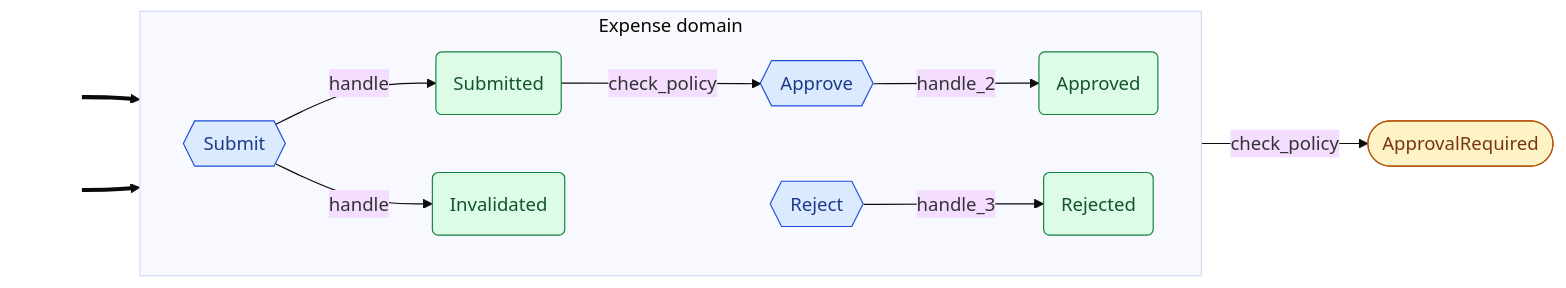
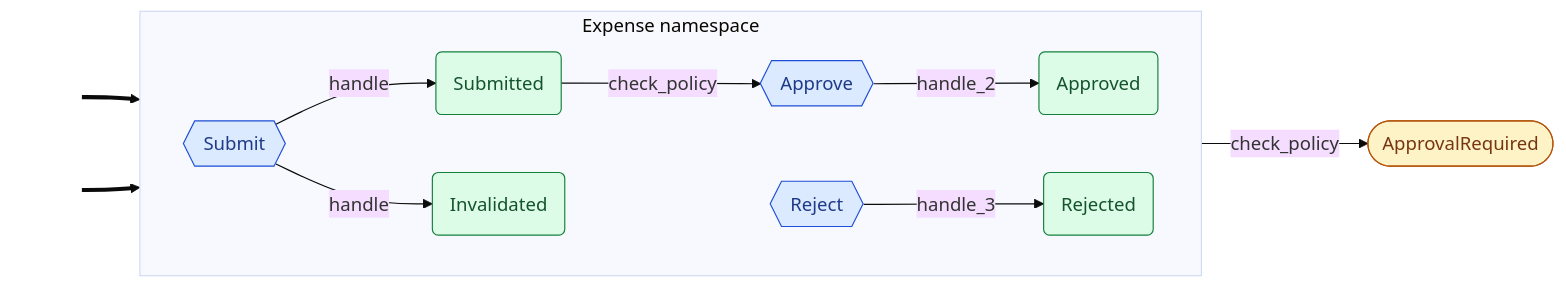
One commit to cadance-io/langgraph-events changed the second of 2 diagrams in examples/expense_approval.graph.md. Above: the diagram before and after it, drawn with Mermaid (base theme). The commit also changed other lines of this file and 44 other files, not shown here.

````diff
--- a/examples/expense_approval.graph.md
+++ b/examples/expense_approval.graph.md
@@ -44,29 +44,29 @@
 ```mermaid
 graph LR
     classDef entry fill:none,stroke:none,color:none
     classDef cmd fill:#dbeafe,stroke:#1d4ed8,color:#1e3a8a
     classDef devt fill:#dcfce7,stroke:#15803d,color:#14532d
     classDef intg fill:#ede9fe,stroke:#6d28d9,color:#4c1d95
     classDef syst fill:#fef3c7,stroke:#b45309,color:#78350f
     classDef halt fill:#fef3c7,stroke:#b45309,color:#78350f,stroke-width:3px,stroke-dasharray:4 2
     classDef inv fill:#ffedd5,stroke:#c2410c,color:#7c2d12
-    subgraph Expense["Expense domain"]
+    subgraph Expense["Expense namespace"]
         direction LR
         Approve{{Approve}}:::cmd
         Approved(Approved):::devt
         Invalidated(Invalidated):::devt
         Reject{{Reject}}:::cmd
         Rejected(Rejected):::devt
         Submit{{Submit}}:::cmd
         Submitted(Submitted):::devt
     end
     ApprovalRequired([ApprovalRequired]):::syst
     _e0_[ ]:::entry ==> Reject
     _e1_[ ]:::entry ==> Submit
     Submit -->|handle| Submitted
     Submit -->|handle| Invalidated
     Approve -->|handle_2| Approved
     Reject -->|handle_3| Rejected
     Submitted -->|check_policy| Approve
     Submitted -->|check_policy| ApprovalRequired
 ```
````
